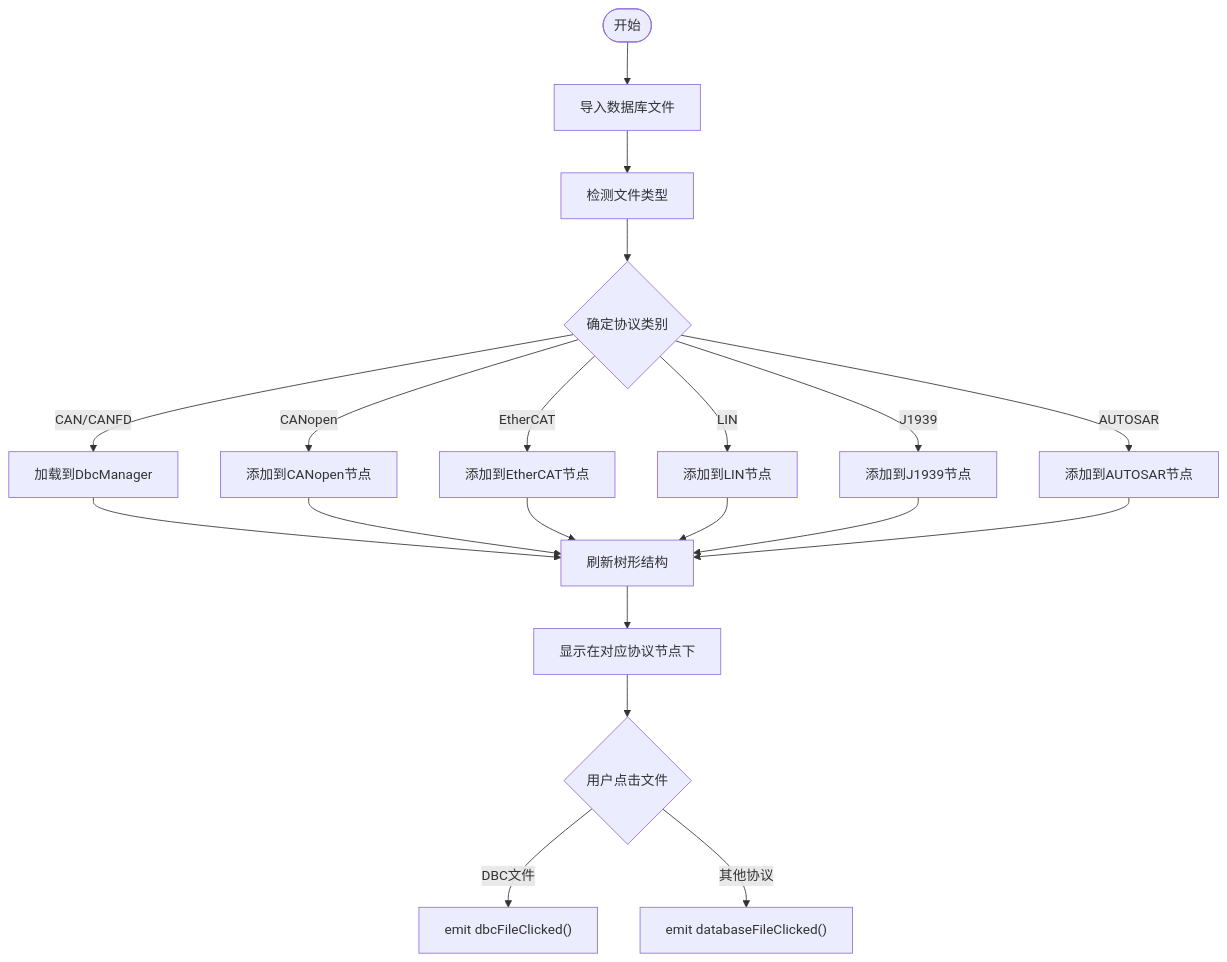
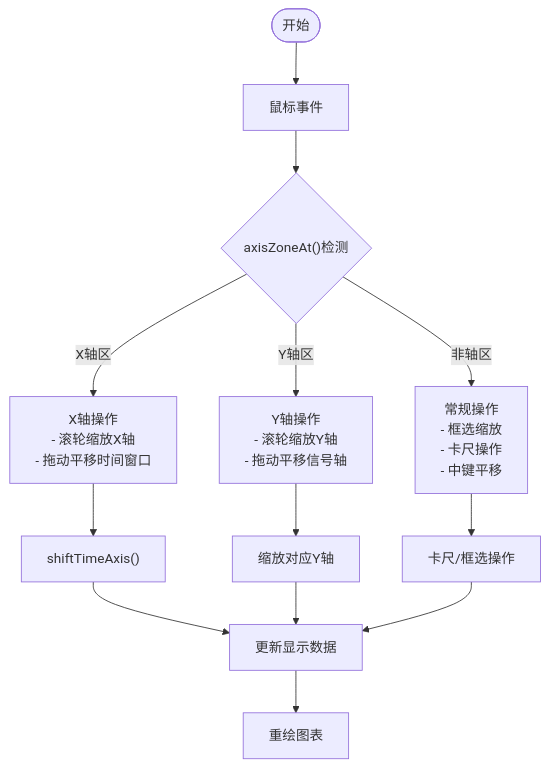
One commit to jakecai1225-design/OpenBus changed the fourth of 7 diagrams in .qoder/repowiki/zh/content/架构设计/UI系统设计/工具栏系统.md. Above: the diagram before and after it, drawn with Mermaid. The commit also changed other lines of this file and 13 other files, not shown here.

Commit message:
graphic 插件方案

````diff
--- a/.qoder/repowiki/zh/content/架构设计/UI系统设计/工具栏系统.md
+++ b/.qoder/repowiki/zh/content/架构设计/UI系统设计/工具栏系统.md
@@ -284,22 +314,15 @@
 ```mermaid
 flowchart TD
-Start(["开始"]) --> Import["导入数据库文件"]
-Import --> Detect["检测文件类型"]
-Detect --> Category{"确定协议类别"}
-Category --> |CAN/CANFD| DbcLoad["加载到DbcManager"]
-Category --> |CANopen| CanopenAdd["添加到CANopen节点"]
-Category --> |EtherCAT| EthercatAdd["添加到EtherCAT节点"]
-Category --> |LIN| LinAdd["添加到LIN节点"]
-Category --> |J1939| J1939Add["添加到J1939节点"]
-Category --> |AUTOSAR| AutosarAdd["添加到AUTOSAR节点"]
-DbcLoad --> Refresh["刷新树形结构"]
-CanopenAdd --> Refresh
-EthercatAdd --> Refresh
-LinAdd --> Refresh
-J1939Add --> Refresh
-AutosarAdd --> Refresh
-Refresh --> Display["显示在对应协议节点下"]
-Display --> Click{"用户点击文件"}
-Click --> |DBC文件| EmitDbc["emit dbcFileClicked()"]
-Click --> |其他协议| EmitDb["emit databaseFileClicked()"]
+Start(["开始"]) --> MouseEvent["鼠标事件"]
+MouseEvent --> ZoneCheck{"axisZoneAt()检测"}
+ZoneCheck --> |X轴区| XAxisAction["X轴操作<br/>- 滚轮缩放X轴<br/>- 拖动平移时间窗口"]
+ZoneCheck --> |Y轴区| YAxisAction["Y轴操作<br/>- 滚轮缩放Y轴<br/>- 拖动平移信号轴"]
+ZoneCheck --> |非轴区| NormalAction["常规操作<br/>- 框选缩放<br/>- 卡尺操作<br/>- 中键平移"]
+XAxisAction --> ShiftTime["shiftTimeAxis()"]
+YAxisAction --> ZoomYAxis["缩放对应Y轴"]
+NormalAction --> CursorOps["卡尺/框选操作"]
+ShiftTime --> UpdateDisplay["更新显示数据"]
+ZoomYAxis --> UpdateDisplay
+CursorOps --> UpdateDisplay
+UpdateDisplay --> Replot["重绘图表"]
 ```
````
